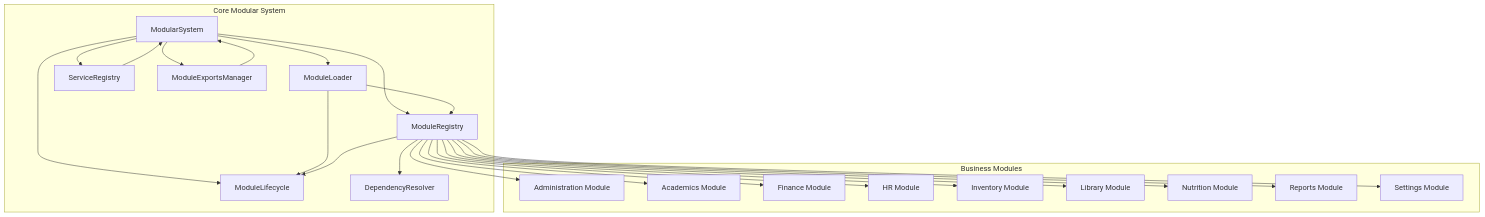
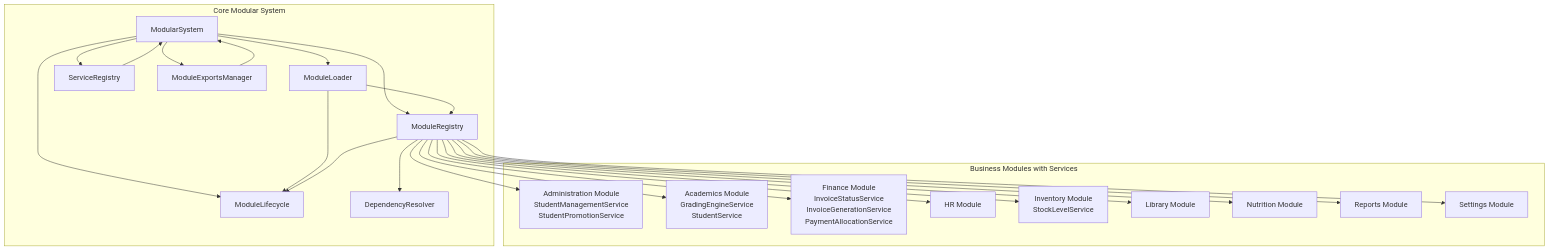
The first of 8 diagrams in .qoder/repowiki/en/content/Modules System/Modules System.md (geniusdynamics/schoolpilot), drawn with Mermaid before and after one commit. The commit also changed other lines of this file and 21 other files, not shown here.

````diff
--- a/.qoder/repowiki/en/content/Modules System/Modules System.md
+++ b/.qoder/repowiki/en/content/Modules System/Modules System.md
@@ -38,43 +57,43 @@
 ```mermaid
 graph TB
 subgraph "Core Modular System"
 MS["ModularSystem"]
 MR["ModuleRegistry"]
 ML["ModuleLoader"]
 MLC["ModuleLifecycle"]
 SER["ServiceRegistry"]
 ME["ModuleExportsManager"]
 DR["DependencyResolver"]
 end
-subgraph "Business Modules"
-ADM["Administration Module"]
-ACD["Academics Module"]
-FIN["Finance Module"]
+subgraph "Business Modules with Services"
+ADM["Administration Module<br/>StudentManagementService<br/>StudentPromotionService"]
+ACD["Academics Module<br/>GradingEngineService<br/>StudentService"]
+FIN["Finance Module<br/>InvoiceStatusService<br/>InvoiceGenerationService<br/>PaymentAllocationService"]
 HRM["HR Module"]
-INV["Inventory Module"]
+INV["Inventory Module<br/>StockLevelService"]
 LIB["Library Module"]
 NUT["Nutrition Module"]
 REP["Reports Module"]
 SET["Settings Module"]
 end
 MS --> MR
 MS --> ML
 MS --> MLC
 MS --> SER
 MS --> ME
 MR --> DR
 ML --> MR
 ML --> MLC
 MR --> MLC
 SER --> MS
 ME --> MS
 MR --> ADM
 MR --> ACD
 MR --> FIN
 MR --> HRM
 MR --> INV
 MR --> LIB
 MR --> NUT
 MR --> REP
 MR --> SET
 ```
````
